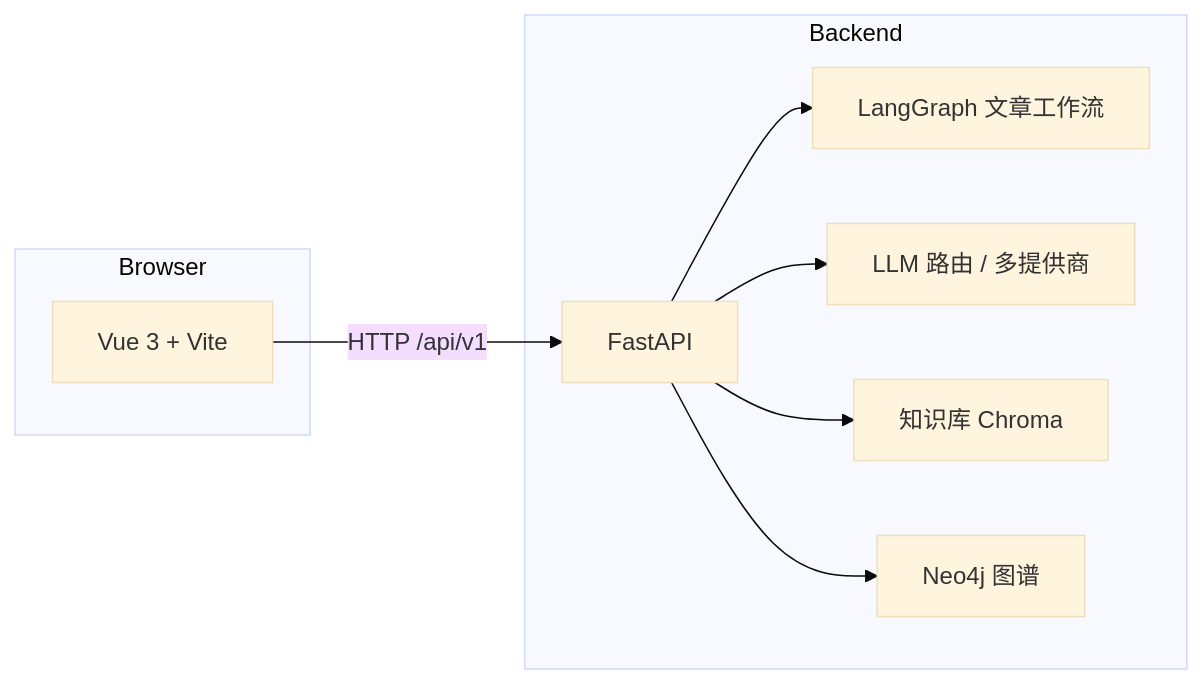
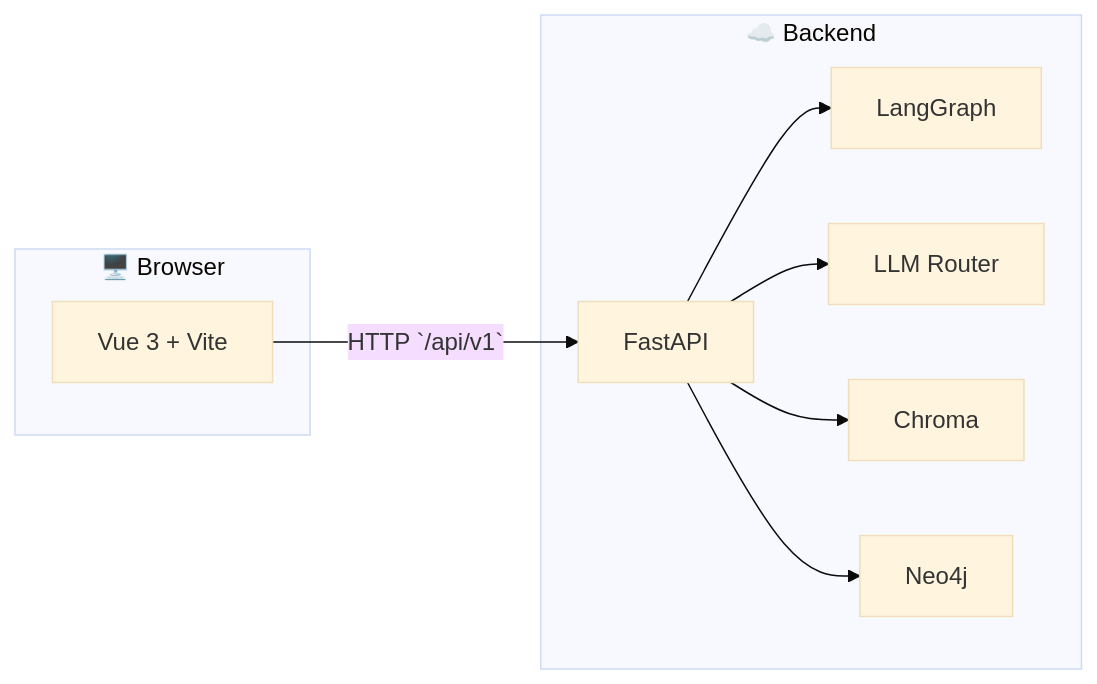
One commit to winkovo0818/writer-copilot changed the diagram in README.md. Above: the diagram before and after it, drawn with Mermaid (base theme). The commit also changed other lines of this file, not shown here.

````diff
--- a/README.md
+++ b/README.md
@@ -40,18 +98,18 @@
 ```mermaid
 flowchart LR
-  subgraph client [Browser]
-    FE[Vue 3 + Vite]
+  subgraph Client["🖥️ Browser"]
+    FE["Vue 3 + Vite"]
   end
-  subgraph server [Backend]
-    API[FastAPI]
-    LG[LangGraph 文章工作流]
-    LLM[LLM 路由 / 多提供商]
-    KB[知识库 Chroma]
-    G[Neo4j 图谱]
+  subgraph Server["☁️ Backend"]
+    API["FastAPI"]
+    LG["LangGraph"]
+    LLM["LLM Router"]
+    KB["Chroma"]
+    G["Neo4j"]
   end
-  FE -->|HTTP /api/v1| API
+  FE -->|"HTTP `/api/v1`"| API
   API --> LG
   API --> LLM
   API --> KB
   API --> G
 ```
````
